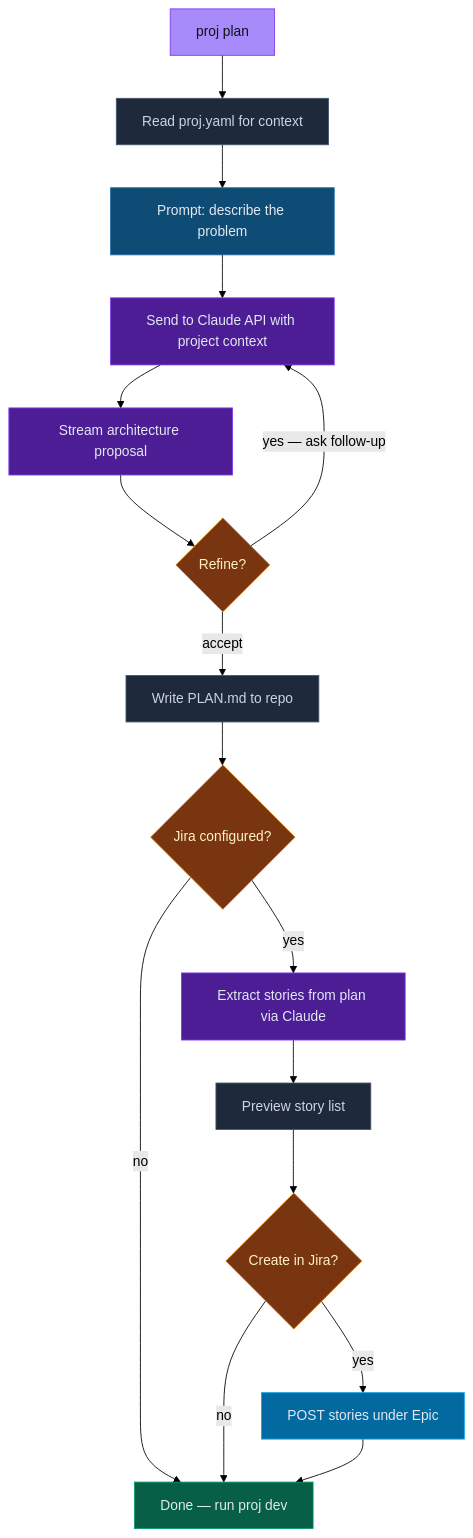
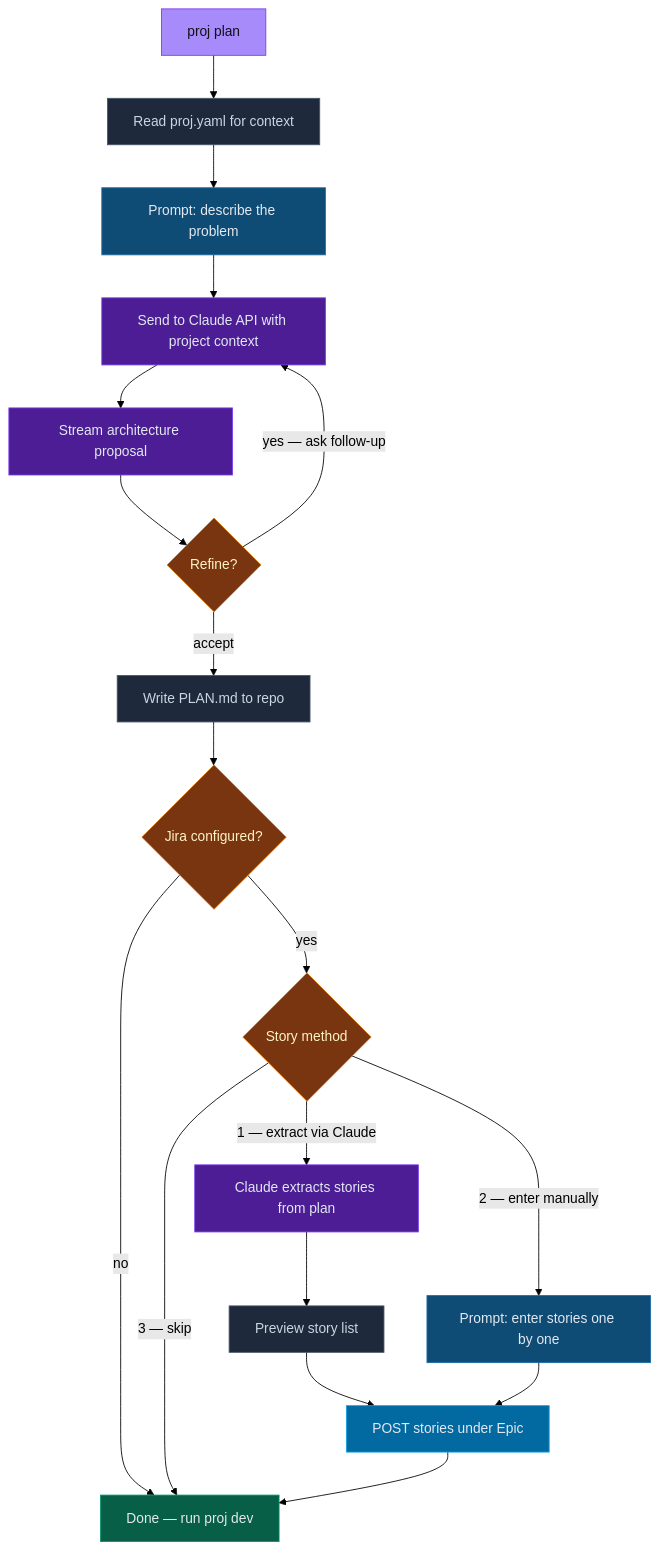
Before and after one commit to erosrage/Athena: the third of 7 diagrams in README.md, drawn with Mermaid (forest theme). The commit also changed other lines of this file and 3 other files, not shown here.

First line of the commit message:
refactor: move all Jira story management to proj plan

````diff
--- a/README.md
+++ b/README.md
@@ -79,26 +76,28 @@
 ```mermaid
 flowchart TD
     A["proj plan"]:::entry
     A --> B["Read proj.yaml for context"]:::action
     B --> C["Prompt: describe the problem"]:::prompt
     C --> D["Send to Claude API with project context"]:::llm
     D --> E["Stream architecture proposal"]:::llm
     E --> F{"Refine?"}:::decision
     F -->|"yes — ask follow-up"| D
     F -->|"accept"| G["Write PLAN.md to repo"]:::action
     G --> JC{"Jira configured?"}:::decision
     JC -->|"no"| Z["Done — run proj dev"]:::done
-    JC -->|"yes"| H["Extract stories from plan via Claude"]:::llm
+    JC -->|"yes"| SM{"Story method"}:::decision
+    SM -->|"1 — extract via Claude"| H["Claude extracts stories from plan"]:::llm
+    SM -->|"2 — enter manually"| M["Prompt: enter stories one by one"]:::prompt
+    SM -->|"3 — skip"| Z
     H --> I["Preview story list"]:::action
-    I --> J{"Create in Jira?"}:::decision
-    J -->|"yes"| K["POST stories under Epic"]:::jira
-    J -->|"no"| Z
+    I --> K["POST stories under Epic"]:::jira
+    M --> K
     K --> Z
     classDef entry fill:#a78bfa,stroke:#7c3aed,color:#0f1117
     classDef prompt fill:#0f4c75,stroke:#1b6ca8,color:#e2e8f0
     classDef action fill:#1e293b,stroke:#475569,color:#cbd5e1
     classDef decision fill:#78350f,stroke:#d97706,color:#fef3c7
     classDef llm fill:#4c1d95,stroke:#7c3aed,color:#e2e8f0
     classDef jira fill:#0369a1,stroke:#0ea5e9,color:#e2e8f0
     classDef done fill:#065f46,stroke:#059669,color:#e2e8f0
 ```
````
